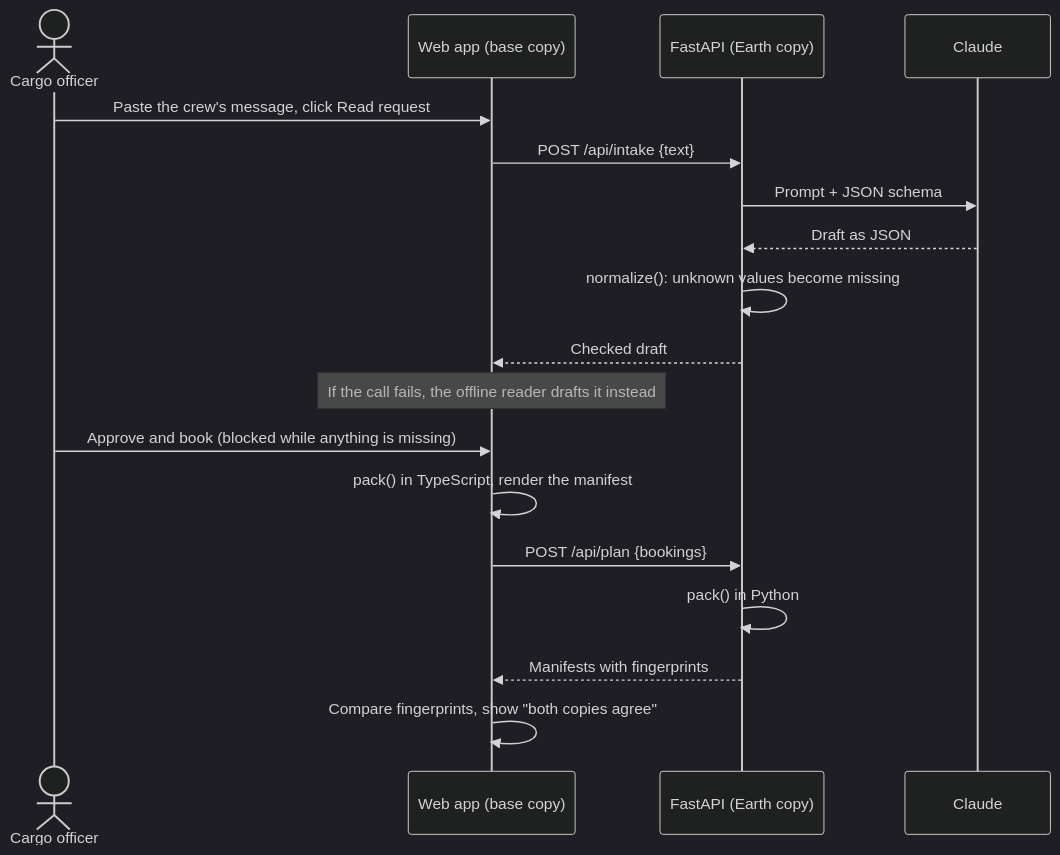
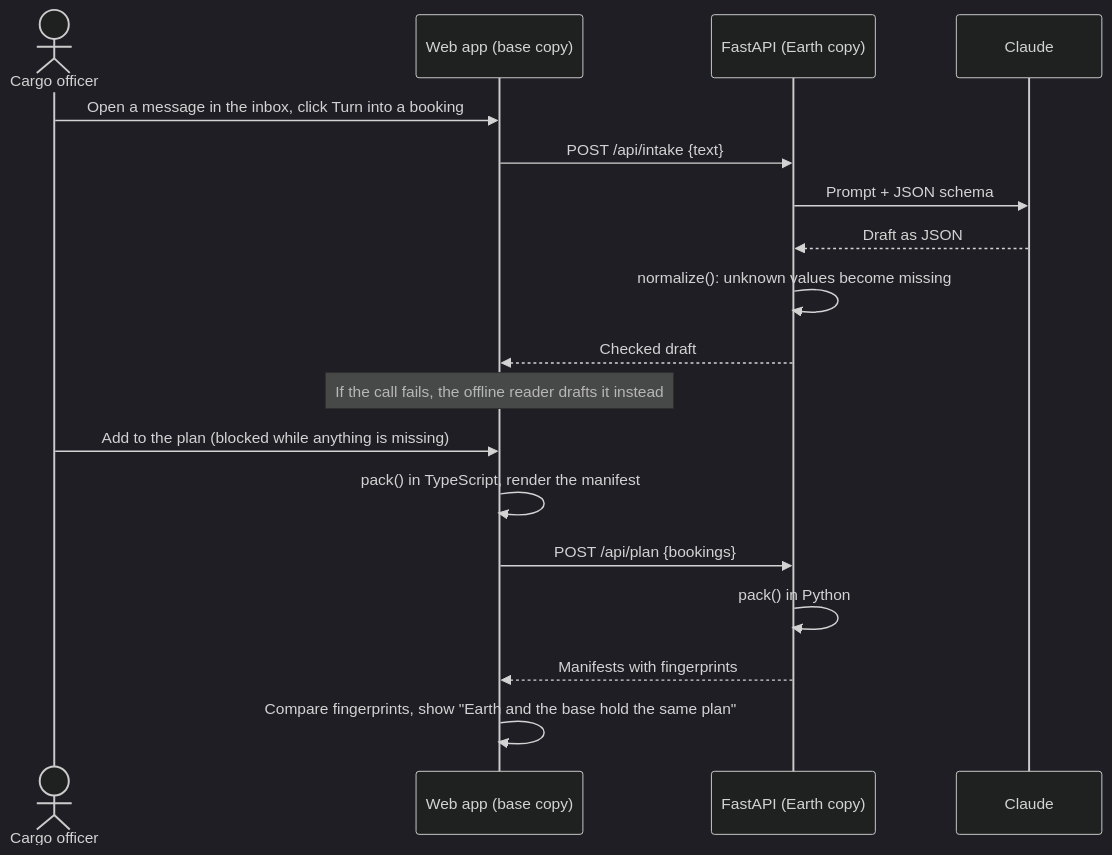
Before and after one commit to 0xNadr/cargo-window: the third of 5 diagrams in docs/ARCHITECTURE.md, drawn with Mermaid (dark theme). The commit also changed other lines of this file and 62 other files, not shown here.

````diff
--- a/docs/ARCHITECTURE.md
+++ b/docs/ARCHITECTURE.md
@@ -93,21 +95,21 @@
 ```mermaid
 sequenceDiagram
     actor Officer as Cargo officer
     participant Web as Web app (base copy)
     participant API as FastAPI (Earth copy)
     participant Claude
 
-    Officer->>Web: Paste the crew's message, click Read request
+    Officer->>Web: Open a message in the inbox, click Turn into a booking
     Web->>API: POST /api/intake {text}
     API->>Claude: Prompt + JSON schema
     Claude-->>API: Draft as JSON
     API->>API: normalize(): unknown values become missing
     API-->>Web: Checked draft
     Note over Web: If the call fails, the offline reader drafts it instead
-    Officer->>Web: Approve and book (blocked while anything is missing)
+    Officer->>Web: Add to the plan (blocked while anything is missing)
     Web->>Web: pack() in TypeScript, render the manifest
     Web->>API: POST /api/plan {bookings}
     API->>API: pack() in Python
     API-->>Web: Manifests with fingerprints
-    Web->>Web: Compare fingerprints, show "both copies agree"
+    Web->>Web: Compare fingerprints, show "Earth and the base hold the same plan"
 ```
````
